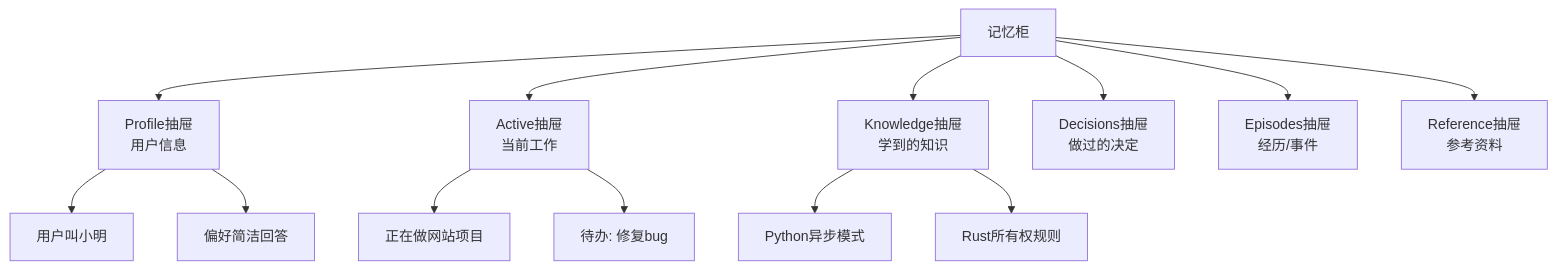
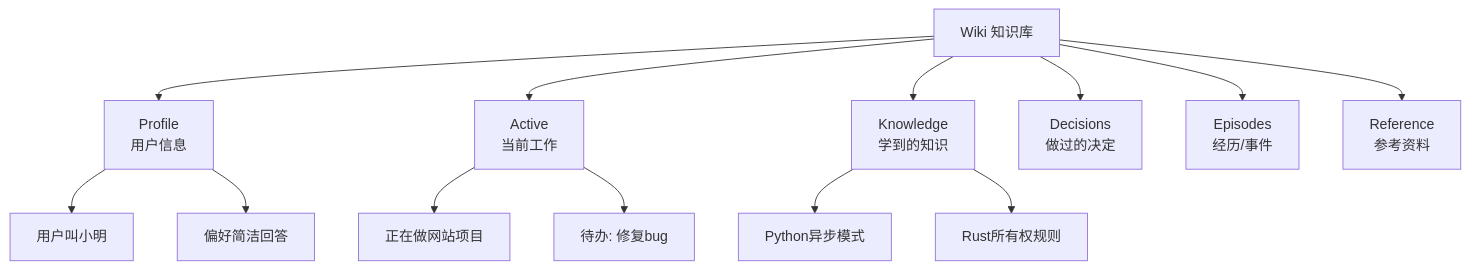
One commit to yeheng/nanobot-rs changed the fifth of 12 diagrams in docs/memory-history.md. Above: the diagram before and after it, drawn with Mermaid. The commit also changed other lines of this file and 57 other files, not shown here.

````diff
--- a/docs/memory-history.md
+++ b/docs/memory-history.md
@@ -121,19 +121,19 @@
 ```mermaid
 graph TB
-    M[记忆柜]
-    M --> P[Profile抽屉<br/>用户信息]
-    M --> A[Active抽屉<br/>当前工作]
-    M --> K[Knowledge抽屉<br/>学到的知识]
-    M --> D[Decisions抽屉<br/>做过的决定]
-    M --> E[Episodes抽屉<br/>经历/事件]
-    M --> R[Reference抽屉<br/>参考资料]
+    M[Wiki 知识库]
+    M --> P[Profile<br/>用户信息]
+    M --> A[Active<br/>当前工作]
+    M --> K[Knowledge<br/>学到的知识]
+    M --> D[Decisions<br/>做过的决定]
+    M --> E[Episodes<br/>经历/事件]
+    M --> R[Reference<br/>参考资料]
     
     P --> P1[用户叫小明]
     P --> P2[偏好简洁回答]
     
     A --> A1[正在做网站项目]
     A --> A2[待办: 修复bug]
     
     K --> K1[Python异步模式]
     K --> K2[Rust所有权规则]
 ```
````
